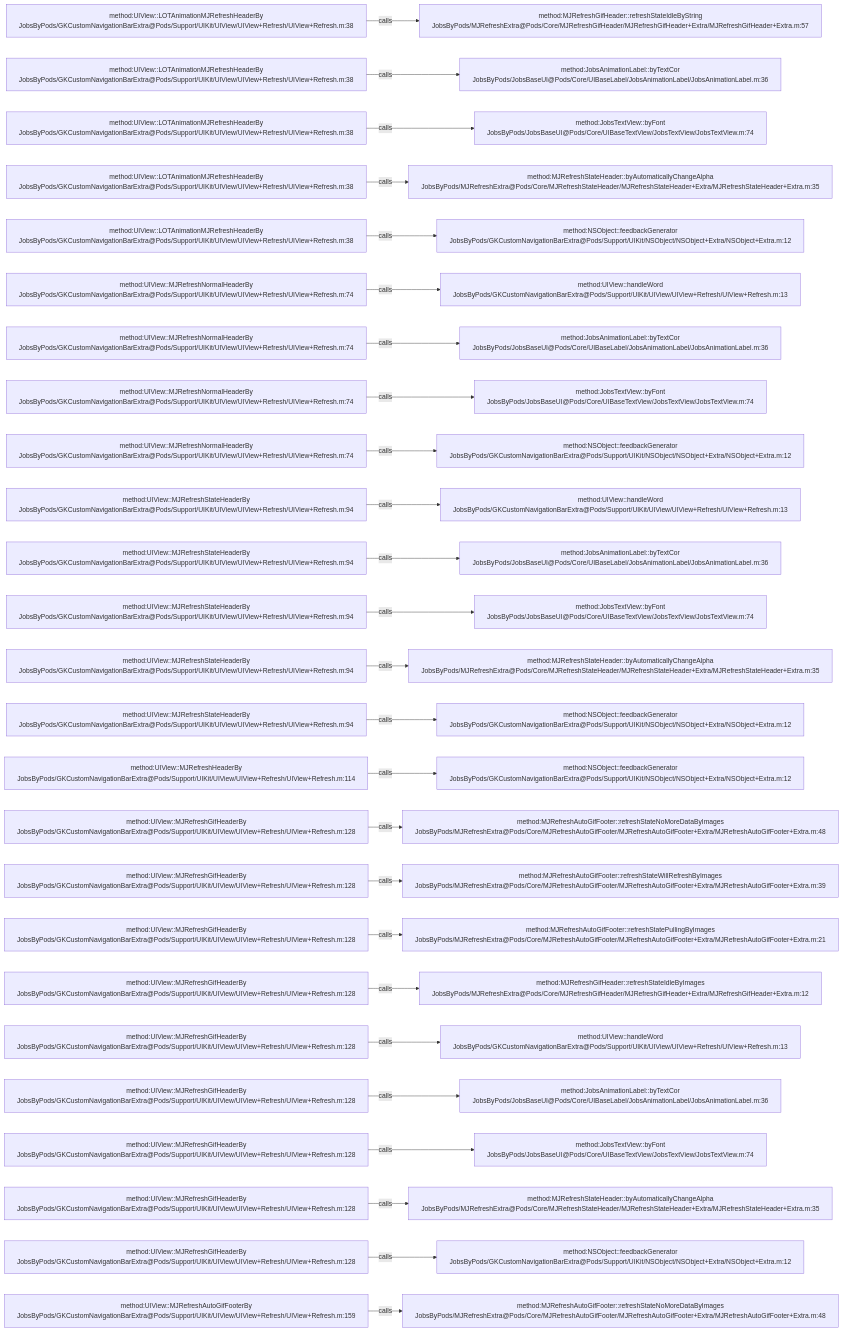
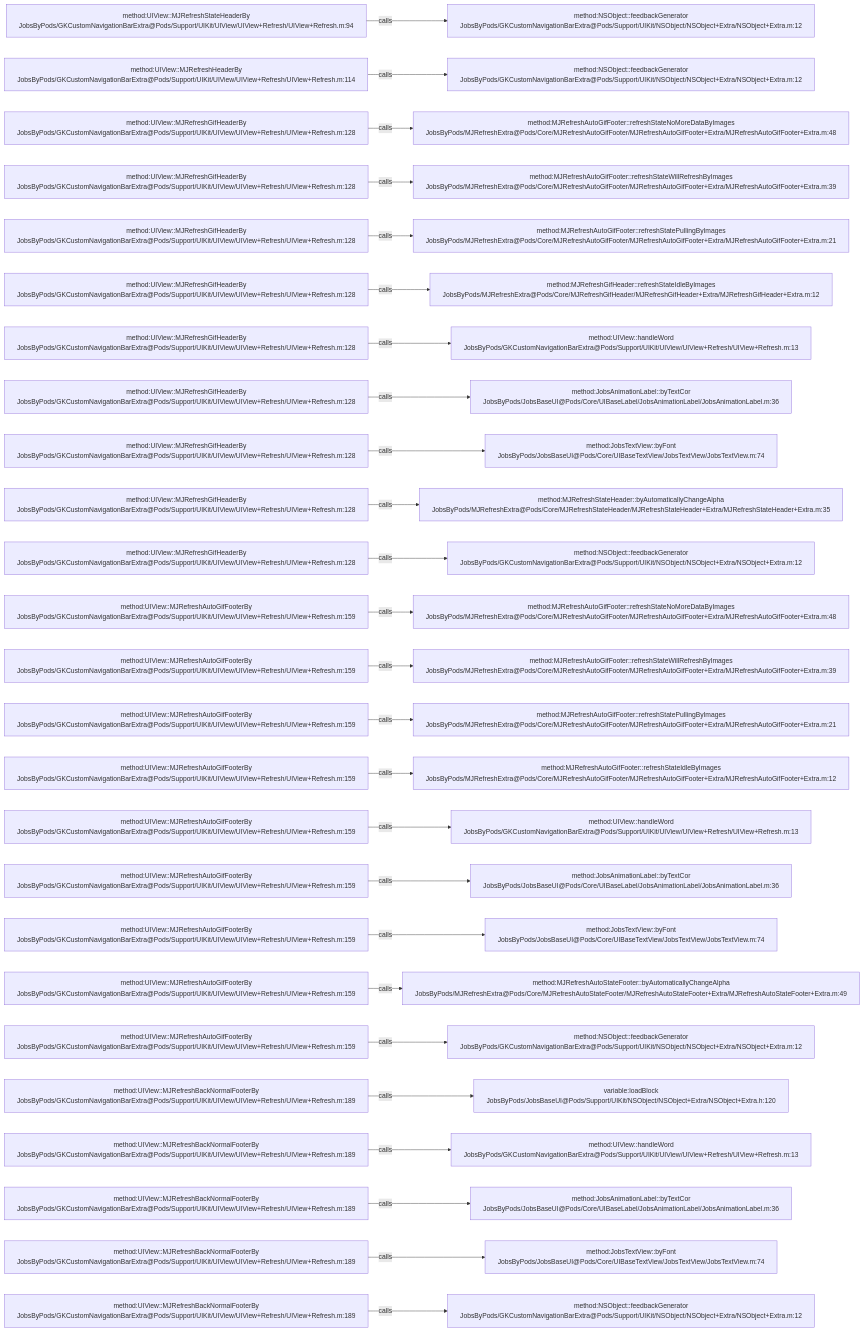
Before and after one commit to JobsKits/JobsOCBaseConfigDemo: the diagram in .codegraph/codegraph.md/graphs/calls-043.md, drawn with Mermaid. The commit also changed 223 other files, not shown here.

````diff
--- a/.codegraph/codegraph.md/graphs/calls-043.md
+++ b/.codegraph/codegraph.md/graphs/calls-043.md
@@ -13,78 +13,78 @@
 ```mermaid
 flowchart LR
-  S1["method:UIView::LOTAnimationMJRefreshHeaderBy<br/>JobsByPods/GKCustomNavigationBarExtra@Pods/Support/UIKit/UIView/UIView+Refresh/UIView+Refresh.m:38"]
-  T1["method:MJRefreshGifHeader::refreshStateIdleByString<br/>JobsByPods/MJRefreshExtra@Pods/Core/MJRefreshGifHeader/MJRefreshGifHeader+Extra/MJRefreshGifHeader+Extra.m:57"]
+  S1["method:UIView::MJRefreshStateHeaderBy<br/>JobsByPods/GKCustomNavigationBarExtra@Pods/Support/UIKit/UIView/UIView+Refresh/UIView+Refresh.m:94"]
+  T1["method:NSObject::feedbackGenerator<br/>JobsByPods/GKCustomNavigationBarExtra@Pods/Support/UIKit/NSObject/NSObject+Extra/NSObject+Extra.m:12"]
   S1 -->|calls| T1
-  S2["method:UIView::LOTAnimationMJRefreshHeaderBy<br/>JobsByPods/GKCustomNavigationBarExtra@Pods/Support/UIKit/UIView/UIView+Refresh/UIView+Refresh.m:38"]
-  T2["method:JobsAnimationLabel::byTextCor<br/>JobsByPods/JobsBaseUI@Pods/Core/UIBaseLabel/JobsAnimationLabel/JobsAnimationLabel.m:36"]
+  S2["method:UIView::MJRefreshHeaderBy<br/>JobsByPods/GKCustomNavigationBarExtra@Pods/Support/UIKit/UIView/UIView+Refresh/UIView+Refresh.m:114"]
+  T2["method:NSObject::feedbackGenerator<br/>JobsByPods/GKCustomNavigationBarExtra@Pods/Support/UIKit/NSObject/NSObject+Extra/NSObject+Extra.m:12"]
   S2 -->|calls| T2
-  S3["method:UIView::LOTAnimationMJRefreshHeaderBy<br/>JobsByPods/GKCustomNavigationBarExtra@Pods/Support/UIKit/UIView/UIView+Refresh/UIView+Refresh.m:38"]
-  T3["method:JobsTextView::byFont<br/>JobsByPods/JobsBaseUI@Pods/Core/UIBaseTextView/JobsTextView/JobsTextView.m:74"]
+  S3["method:UIView::MJRefreshGifHeaderBy<br/>JobsByPods/GKCustomNavigationBarExtra@Pods/Support/UIKit/UIView/UIView+Refresh/UIView+Refresh.m:128"]
+  T3["method:MJRefreshAutoGifFooter::refreshStateNoMoreDataByImages<br/>JobsByPods/MJRefreshExtra@Pods/Core/MJRefreshAutoGifFooter/MJRefreshAutoGifFooter+Extra/MJRefreshAutoGifFooter+Extra.m:48"]
   S3 -->|calls| T3
-  S4["method:UIView::LOTAnimationMJRefreshHeaderBy<br/>JobsByPods/GKCustomNavigationBarExtra@Pods/Support/UIKit/UIView/UIView+Refresh/UIView+Refresh.m:38"]
-  T4["method:MJRefreshStateHeader::byAutomaticallyChangeAlpha<br/>JobsByPods/MJRefreshExtra@Pods/Core/MJRefreshStateHeader/MJRefreshStateHeader+Extra/MJRefreshStateHeader+Extra.m:35"]
+  S4["method:UIView::MJRefreshGifHeaderBy<br/>JobsByPods/GKCustomNavigationBarExtra@Pods/Support/UIKit/UIView/UIView+Refresh/UIView+Refresh.m:128"]
+  T4["method:MJRefreshAutoGifFooter::refreshStateWillRefreshByImages<br/>JobsByPods/MJRefreshExtra@Pods/Core/MJRefreshAutoGifFooter/MJRefreshAutoGifFooter+Extra/MJRefreshAutoGifFooter+Extra.m:39"]
   S4 -->|calls| T4
-  S5["method:UIView::LOTAnimationMJRefreshHeaderBy<br/>JobsByPods/GKCustomNavigationBarExtra@Pods/Support/UIKit/UIView/UIView+Refresh/UIView+Refresh.m:38"]
-  T5["method:NSObject::feedbackGenerator<br/>JobsByPods/GKCustomNavigationBarExtra@Pods/Support/UIKit/NSObject/NSObject+Extra/NSObject+Extra.m:12"]
+  S5["method:UIView::MJRefreshGifHeaderBy<br/>JobsByPods/GKCustomNavigationBarExtra@Pods/Support/UIKit/UIView/UIView+Refresh/UIView+Refresh.m:128"]
+  T5["method:MJRefreshAutoGifFooter::refreshStatePullingByImages<br/>JobsByPods/MJRefreshExtra@Pods/Core/MJRefreshAutoGifFooter/MJRefreshAutoGifFooter+Extra/MJRefreshAutoGifFooter+Extra.m:21"]
   S5 -->|calls| T5
-  S6["method:UIView::MJRefreshNormalHeaderBy<br/>JobsByPods/GKCustomNavigationBarExtra@Pods/Support/UIKit/UIView/UIView+Refresh/UIView+Refresh.m:74"]
-  T6["method:UIView::handleWord<br/>JobsByPods/GKCustomNavigationBarExtra@Pods/Support/UIKit/UIView/UIView+Refresh/UIView+Refresh.m:13"]
+  S6["method:UIView::MJRefreshGifHeaderBy<br/>JobsByPods/GKCustomNavigationBarExtra@Pods/Support/UIKit/UIView/UIView+Refresh/UIView+Refresh.m:128"]
+  T6["method:MJRefreshGifHeader::refreshStateIdleByImages<br/>JobsByPods/MJRefreshExtra@Pods/Core/MJRefreshGifHeader/MJRefreshGifHeader+Extra/MJRefreshGifHeader+Extra.m:12"]
   S6 -->|calls| T6
-  S7["method:UIView::MJRefreshNormalHeaderBy<br/>JobsByPods/GKCustomNavigationBarExtra@Pods/Support/UIKit/UIView/UIView+Refresh/UIView+Refresh.m:74"]
-  T7["method:JobsAnimationLabel::byTextCor<br/>JobsByPods/JobsBaseUI@Pods/Core/UIBaseLabel/JobsAnimationLabel/JobsAnimationLabel.m:36"]
+  S7["method:UIView::MJRefreshGifHeaderBy<br/>JobsByPods/GKCustomNavigationBarExtra@Pods/Support/UIKit/UIView/UIView+Refresh/UIView+Refresh.m:128"]
+  T7["method:UIView::handleWord<br/>JobsByPods/GKCustomNavigationBarExtra@Pods/Support/UIKit/UIView/UIView+Refresh/UIView+Refresh.m:13"]
   S7 -->|calls| T7
-  S8["method:UIView::MJRefreshNormalHeaderBy<br/>JobsByPods/GKCustomNavigationBarExtra@Pods/Support/UIKit/UIView/UIView+Refresh/UIView+Refresh.m:74"]
-  T8["method:JobsTextView::byFont<br/>JobsByPods/JobsBaseUI@Pods/Core/UIBaseTextView/JobsTextView/JobsTextView.m:74"]
+  S8["method:UIView::MJRefreshGifHeaderBy<br/>JobsByPods/GKCustomNavigationBarExtra@Pods/Support/UIKit/UIView/UIView+Refresh/UIView+Refresh.m:128"]
+  T8["method:JobsAnimationLabel::byTextCor<br/>JobsByPods/JobsBaseUI@Pods/Core/UIBaseLabel/JobsAnimationLabel/JobsAnimationLabel.m:36"]
   S8 -->|calls| T8
-  S9["method:UIView::MJRefreshNormalHeaderBy<br/>JobsByPods/GKCustomNavigationBarExtra@Pods/Support/UIKit/UIView/UIView+Refresh/UIView+Refresh.m:74"]
-  T9["method:NSObject::feedbackGenerator<br/>JobsByPods/GKCustomNavigationBarExtra@Pods/Support/UIKit/NSObject/NSObject+Extra/NSObject+Extra.m:12"]
+  S9["method:UIView::MJRefreshGifHeaderBy<br/>JobsByPods/GKCustomNavigationBarExtra@Pods/Support/UIKit/UIView/UIView+Refresh/UIView+Refresh.m:128"]
+  T9["method:JobsTextView::byFont<br/>JobsByPods/JobsBaseUI@Pods/Core/UIBaseTextView/JobsTextView/JobsTextView.m:74"]
   S9 -->|calls| T9
-  S10["method:UIView::MJRefreshStateHeaderBy<br/>JobsByPods/GKCustomNavigationBarExtra@Pods/Support/UIKit/UIView/UIView+Refresh/UIView+Refresh.m:94"]
-  T10["method:UIView::handleWord<br/>JobsByPods/GKCustomNavigationBarExtra@Pods/Support/UIKit/UIView/UIView+Refresh/UIView+Refresh.m:13"]
+  S10["method:UIView::MJRefreshGifHeaderBy<br/>JobsByPods/GKCustomNavigationBarExtra@Pods/Support/UIKit/UIView/UIView+Refresh/UIView+Refresh.m:128"]
+  T10["method:MJRefreshStateHeader::byAutomaticallyChangeAlpha<br/>JobsByPods/MJRefreshExtra@Pods/Core/MJRefreshStateHeader/MJRefreshStateHeader+Extra/MJRefreshStateHeader+Extra.m:35"]
   S10 -->|calls| T10
-  S11["method:UIView::MJRefreshStateHeaderBy<br/>JobsByPods/GKCustomNavigationBarExtra@Pods/Support/UIKit/UIView/UIView+Refresh/UIView+Refresh.m:94"]
-  T11["method:JobsAnimationLabel::byTextCor<br/>JobsByPods/JobsBaseUI@Pods/Core/UIBaseLabel/JobsAnimationLabel/JobsAnimationLabel.m:36"]
+  S11["method:UIView::MJRefreshGifHeaderBy<br/>JobsByPods/GKCustomNavigationBarExtra@Pods/Support/UIKit/UIView/UIView+Refresh/UIView+Refresh.m:128"]
+  T11["method:NSObject::feedbackGenerator<br/>JobsByPods/GKCustomNavigationBarExtra@Pods/Support/UIKit/NSObject/NSObject+Extra/NSObject+Extra.m:12"]
   S11 -->|calls| T11
-  S12["method:UIView::MJRefreshStateHeaderBy<br/>JobsByPods/GKCustomNavigationBarExtra@Pods/Support/UIKit/UIView/UIView+Refresh/UIView+Refresh.m:94"]
-  T12["method:JobsTextView::byFont<br/>JobsByPods/JobsBaseUI@Pods/Core/UIBaseTextView/JobsTextView/JobsTextView.m:74"]
+  S12["method:UIView::MJRefreshAutoGifFooterBy<br/>JobsByPods/GKCustomNavigationBarExtra@Pods/Support/UIKit/UIView/UIView+Refresh/UIView+Refresh.m:159"]
+  T12["method:MJRefreshAutoGifFooter::refreshStateNoMoreDataByImages<br/>JobsByPods/MJRefreshExtra@Pods/Core/MJRefreshAutoGifFooter/MJRefreshAutoGifFooter+Extra/MJRefreshAutoGifFooter+Extra.m:48"]
   S12 -->|calls| T12
-  S13["method:UIView::MJRefreshStateHeaderBy<br/>JobsByPods/GKCustomNavigationBarExtra@Pods/Support/UIKit/UIView/UIView+Refresh/UIView+Refresh.m:94"]
-  T13["method:MJRefreshStateHeader::byAutomaticallyChangeAlpha<br/>JobsByPods/MJRefreshExtra@Pods/Core/MJRefreshStateHeader/MJRefreshStateHeader+Extra/MJRefreshStateHeader+Extra.m:35"]
+  S13["method:UIView::MJRefreshAutoGifFooterBy<br/>JobsByPods/GKCustomNavigationBarExtra@Pods/Support/UIKit/UIView/UIView+Refresh/UIView+Refresh.m:159"]
+  T13["method:MJRefreshAutoGifFooter::refreshStateWillRefreshByImages<br/>JobsByPods/MJRefreshExtra@Pods/Core/MJRefreshAutoGifFooter/MJRefreshAutoGifFooter+Extra/MJRefreshAutoGifFooter+Extra.m:39"]
   S13 -->|calls| T13
-  S14["method:UIView::MJRefreshStateHeaderBy<br/>JobsByPods/GKCustomNavigationBarExtra@Pods/Support/UIKit/UIView/UIView+Refresh/UIView+Refresh.m:94"]
-  T14["method:NSObject::feedbackGenerator<br/>JobsByPods/GKCustomNavigationBarExtra@Pods/Support/UIKit/NSObject/NSObject+Extra/NSObject+Extra.m:12"]
+  S14["method:UIView::MJRefreshAutoGifFooterBy<br/>JobsByPods/GKCustomNavigationBarExtra@Pods/Support/UIKit/UIView/UIView+Refresh/UIView+Refresh.m:159"]
+  T14["method:MJRefreshAutoGifFooter::refreshStatePullingByImages<br/>JobsByPods/MJRefreshExtra@Pods/Core/MJRefreshAutoGifFooter/MJRefreshAutoGifFooter+Extra/MJRefreshAutoGifFooter+Extra.m:21"]
   S14 -->|calls| T14
-  S15["method:UIView::MJRefreshHeaderBy<br/>JobsByPods/GKCustomNavigationBarExtra@Pods/Support/UIKit/UIView/UIView+Refresh/UIView+Refresh.m:114"]
-  T15["method:NSObject::feedbackGenerator<br/>JobsByPods/GKCustomNavigationBarExtra@Pods/Support/UIKit/NSObject/NSObject+Extra/NSObject+Extra.m:12"]
+  S15["method:UIView::MJRefreshAutoGifFooterBy<br/>JobsByPods/GKCustomNavigationBarExtra@Pods/Support/UIKit/UIView/UIView+Refresh/UIView+Refresh.m:159"]
+  T15["method:MJRefreshAutoGifFooter::refreshStateIdleByImages<br/>JobsByPods/MJRefreshExtra@Pods/Core/MJRefreshAutoGifFooter/MJRefreshAutoGifFooter+Extra/MJRefreshAutoGifFooter+Extra.m:12"]
   S15 -->|calls| T15
-  S16["method:UIView::MJRefreshGifHeaderBy<br/>JobsByPods/GKCustomNavigationBarExtra@Pods/Support/UIKit/UIView/UIView+Refresh/UIView+Refresh.m:128"]
-  T16["method:MJRefreshAutoGifFooter::refreshStateNoMoreDataByImages<br/>JobsByPods/MJRefreshExtra@Pods/Core/MJRefreshAutoGifFooter/MJRefreshAutoGifFooter+Extra/MJRefreshAutoGifFooter+Extra.m:48"]
+  S16["method:UIView::MJRefreshAutoGifFooterBy<br/>JobsByPods/GKCustomNavigationBarExtra@Pods/Support/UIKit/UIView/UIView+Refresh/UIView+Refresh.m:159"]
+  T16["method:UIView::handleWord<br/>JobsByPods/GKCustomNavigationBarExtra@Pods/Support/UIKit/UIView/UIView+Refresh/UIView+Refresh.m:13"]
   S16 -->|calls| T16
-  S17["method:UIView::MJRefreshGifHeaderBy<br/>JobsByPods/GKCustomNavigationBarExtra@Pods/Support/UIKit/UIView/UIView+Refresh/UIView+Refresh.m:128"]
-  T17["method:MJRefreshAutoGifFooter::refreshStateWillRefreshByImages<br/>JobsByPods/MJRefreshExtra@Pods/Core/MJRefreshAutoGifFooter/MJRefreshAutoGifFooter+Extra/MJRefreshAutoGifFooter+Extra.m:39"]
+  S17["method:UIView::MJRefreshAutoGifFooterBy<br/>JobsByPods/GKCustomNavigationBarExtra@Pods/Support/UIKit/UIView/UIView+Refresh/UIView+Refresh.m:159"]
+  T17["method:JobsAnimationLabel::byTextCor<br/>JobsByPods/JobsBaseUI@Pods/Core/UIBaseLabel/JobsAnimationLabel/JobsAnimationLabel.m:36"]
   S17 -->|calls| T17
-  S18["method:UIView::MJRefreshGifHeaderBy<br/>JobsByPods/GKCustomNavigationBarExtra@Pods/Support/UIKit/UIView/UIView+Refresh/UIView+Refresh.m:128"]
-  T18["method:MJRefreshAutoGifFooter::refreshStatePullingByImages<br/>JobsByPods/MJRefreshExtra@Pods/Core/MJRefreshAutoGifFooter/MJRefreshAutoGifFooter+Extra/MJRefreshAutoGifFooter+Extra.m:21"]
+  S18["method:UIView::MJRefreshAutoGifFooterBy<br/>JobsByPods/GKCustomNavigationBarExtra@Pods/Support/UIKit/UIView/UIView+Refresh/UIView+Refresh.m:159"]
+  T18["method:JobsTextView::byFont<br/>JobsByPods/JobsBaseUI@Pods/Core/UIBaseTextView/JobsTextView/JobsTextView.m:74"]
   S18 -->|calls| T18
-  S19["method:UIView::MJRefreshGifHeaderBy<br/>JobsByPods/GKCustomNavigationBarExtra@Pods/Support/UIKit/UIView/UIView+Refresh/UIView+Refresh.m:128"]
-  T19["method:MJRefreshGifHeader::refreshStateIdleByImages<br/>JobsByPods/MJRefreshExtra@Pods/Core/MJRefreshGifHeader/MJRefreshGifHeader+Extra/MJRefreshGifHeader+Extra.m:12"]
+  S19["method:UIView::MJRefreshAutoGifFooterBy<br/>JobsByPods/GKCustomNavigationBarExtra@Pods/Support/UIKit/UIView/UIView+Refresh/UIView+Refresh.m:159"]
+  T19["method:MJRefreshAutoStateFooter::byAutomaticallyChangeAlpha<br/>JobsByPods/MJRefreshExtra@Pods/Core/MJRefreshAutoStateFooter/MJRefreshAutoStateFooter+Extra/MJRefreshAutoStateFooter+Extra.m:49"]
   S19 -->|calls| T19
-  S20["method:UIView::MJRefreshGifHeaderBy<br/>JobsByPods/GKCustomNavigationBarExtra@Pods/Support/UIKit/UIView/UIView+Refresh/UIView+Refresh.m:128"]
-  T20["method:UIView::handleWord<br/>JobsByPods/GKCustomNavigationBarExtra@Pods/Support/UIKit/UIView/UIView+Refresh/UIView+Refresh.m:13"]
+  S20["method:UIView::MJRefreshAutoGifFooterBy<br/>JobsByPods/GKCustomNavigationBarExtra@Pods/Support/UIKit/UIView/UIView+Refresh/UIView+Refresh.m:159"]
+  T20["method:NSObject::feedbackGenerator<br/>JobsByPods/GKCustomNavigationBarExtra@Pods/Support/UIKit/NSObject/NSObject+Extra/NSObject+Extra.m:12"]
   S20 -->|calls| T20
-  S21["method:UIView::MJRefreshGifHeaderBy<br/>JobsByPods/GKCustomNavigationBarExtra@Pods/Support/UIKit/UIView/UIView+Refresh/UIView+Refresh.m:128"]
-  T21["method:JobsAnimationLabel::byTextCor<br/>JobsByPods/JobsBaseUI@Pods/Core/UIBaseLabel/JobsAnimationLabel/JobsAnimationLabel.m:36"]
+  S21["method:UIView::MJRefreshBackNormalFooterBy<br/>JobsByPods/GKCustomNavigationBarExtra@Pods/Support/UIKit/UIView/UIView+Refresh/UIView+Refresh.m:189"]
+  T21["variable:loadBlock<br/>JobsByPods/JobsBaseUI@Pods/Support/UIKit/NSObject/NSObject+Extra/NSObject+Extra.h:120"]
   S21 -->|calls| T21
-  S22["method:UIView::MJRefreshGifHeaderBy<br/>JobsByPods/GKCustomNavigationBarExtra@Pods/Support/UIKit/UIView/UIView+Refresh/UIView+Refresh.m:128"]
-  T22["method:JobsTextView::byFont<br/>JobsByPods/JobsBaseUI@Pods/Core/UIBaseTextView/JobsTextView/JobsTextView.m:74"]
+  S22["method:UIView::MJRefreshBackNormalFooterBy<br/>JobsByPods/GKCustomNavigationBarExtra@Pods/Support/UIKit/UIView/UIView+Refresh/UIView+Refresh.m:189"]
+  T22["method:UIView::handleWord<br/>JobsByPods/GKCustomNavigationBarExtra@Pods/Support/UIKit/UIView/UIView+Refresh/UIView+Refresh.m:13"]
   S22 -->|calls| T22
-  S23["method:UIView::MJRefreshGifHeaderBy<br/>JobsByPods/GKCustomNavigationBarExtra@Pods/Support/UIKit/UIView/UIView+Refresh/UIView+Refresh.m:128"]
-  T23["method:MJRefreshStateHeader::byAutomaticallyChangeAlpha<br/>JobsByPods/MJRefreshExtra@Pods/Core/MJRefreshStateHeader/MJRefreshStateHeader+Extra/MJRefreshStateHeader+Extra.m:35"]
+  S23["method:UIView::MJRefreshBackNormalFooterBy<br/>JobsByPods/GKCustomNavigationBarExtra@Pods/Support/UIKit/UIView/UIView+Refresh/UIView+Refresh.m:189"]
+  T23["method:JobsAnimationLabel::byTextCor<br/>JobsByPods/JobsBaseUI@Pods/Core/UIBaseLabel/JobsAnimationLabel/JobsAnimationLabel.m:36"]
   S23 -->|calls| T23
-  S24["method:UIView::MJRefreshGifHeaderBy<br/>JobsByPods/GKCustomNavigationBarExtra@Pods/Support/UIKit/UIView/UIView+Refresh/UIView+Refresh.m:128"]
-  T24["method:NSObject::feedbackGenerator<br/>JobsByPods/GKCustomNavigationBarExtra@Pods/Support/UIKit/NSObject/NSObject+Extra/NSObject+Extra.m:12"]
+  S24["method:UIView::MJRefreshBackNormalFooterBy<br/>JobsByPods/GKCustomNavigationBarExtra@Pods/Support/UIKit/UIView/UIView+Refresh/UIView+Refresh.m:189"]
+  T24["method:JobsTextView::byFont<br/>JobsByPods/JobsBaseUI@Pods/Core/UIBaseTextView/JobsTextView/JobsTextView.m:74"]
   S24 -->|calls| T24
-  S25["method:UIView::MJRefreshAutoGifFooterBy<br/>JobsByPods/GKCustomNavigationBarExtra@Pods/Support/UIKit/UIView/UIView+Refresh/UIView+Refresh.m:159"]
-  T25["method:MJRefreshAutoGifFooter::refreshStateNoMoreDataByImages<br/>JobsByPods/MJRefreshExtra@Pods/Core/MJRefreshAutoGifFooter/MJRefreshAutoGifFooter+Extra/MJRefreshAutoGifFooter+Extra.m:48"]
+  S25["method:UIView::MJRefreshBackNormalFooterBy<br/>JobsByPods/GKCustomNavigationBarExtra@Pods/Support/UIKit/UIView/UIView+Refresh/UIView+Refresh.m:189"]
+  T25["method:NSObject::feedbackGenerator<br/>JobsByPods/GKCustomNavigationBarExtra@Pods/Support/UIKit/NSObject/NSObject+Extra/NSObject+Extra.m:12"]
   S25 -->|calls| T25
 ```
````
